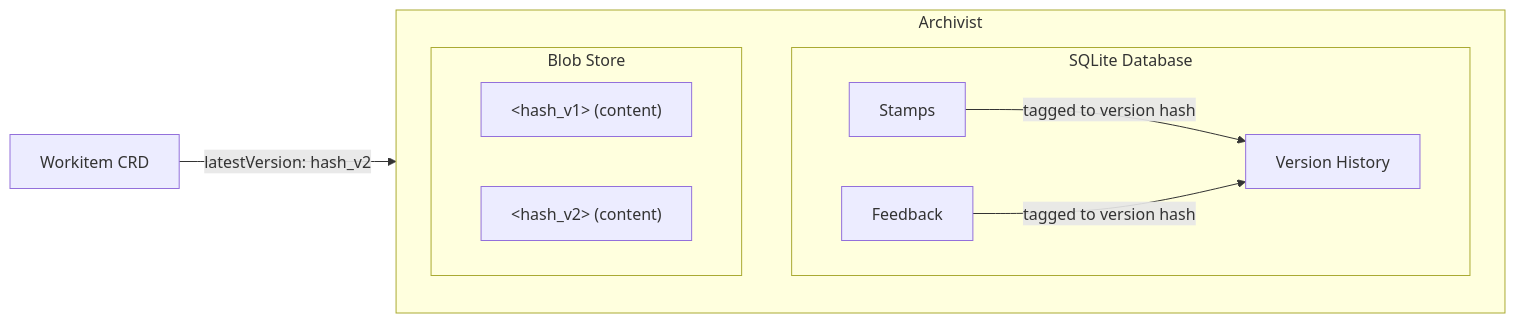
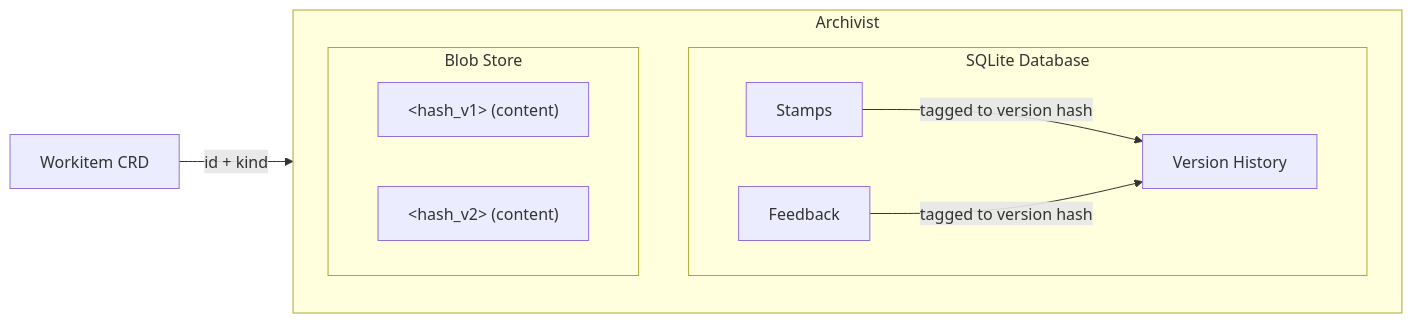
One commit to really-knows-ai/gideas changed the second of 3 diagrams in 01-concepts/02-data-model.md. Above: the diagram before and after it, drawn with Mermaid. The commit also changed other lines of this file and 3 other files, not shown here.

Commit message:
Refine documentation to clarify artefact references in Workitem CRD and feedback scoping in the Archivist

````diff
--- a/01-concepts/02-data-model.md
+++ b/01-concepts/02-data-model.md
@@ -220,18 +222,18 @@
 ```mermaid
 graph LR
     subgraph Archivist["Archivist"]
         direction TB
         subgraph SQLite["SQLite Database"]
             Versions["Version History"]
             Stamps["Stamps"]
             FB["Feedback"]
         end
         subgraph Blobs["Blob Store"]
             V1["&lt;hash_v1&gt; (content)"]
             V2["&lt;hash_v2&gt; (content)"]
         end
     end
-    WI["Workitem CRD"] -->|"latestVersion: hash_v2"| Blobs
+    WI["Workitem CRD"] -->|"id + kind"| SQLite
     Stamps -->|"tagged to version hash"| Versions
     FB -->|"tagged to version hash"| Versions
 ```
````
